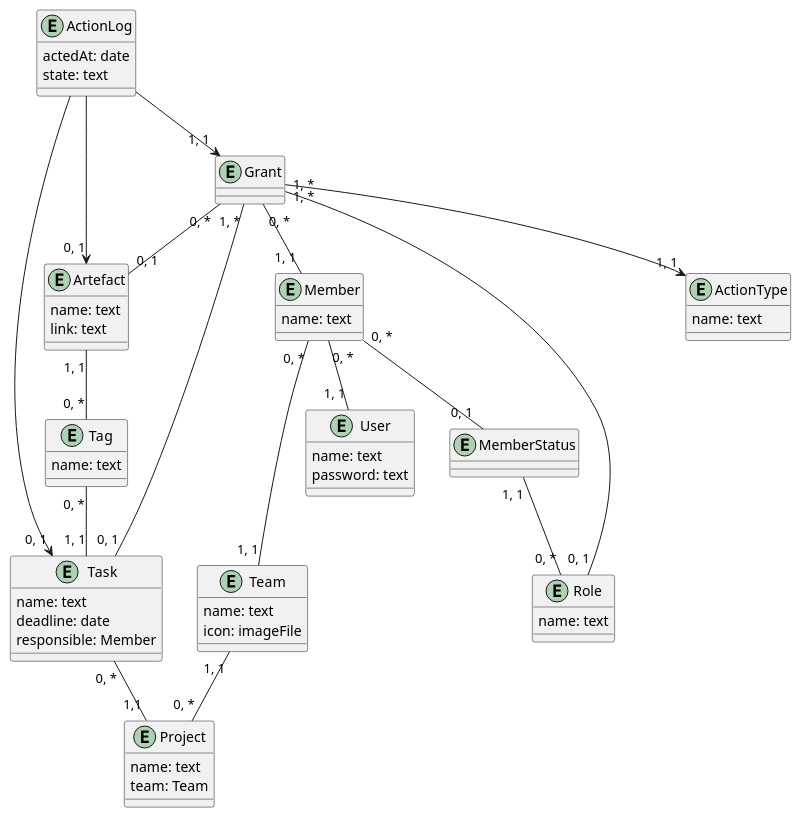
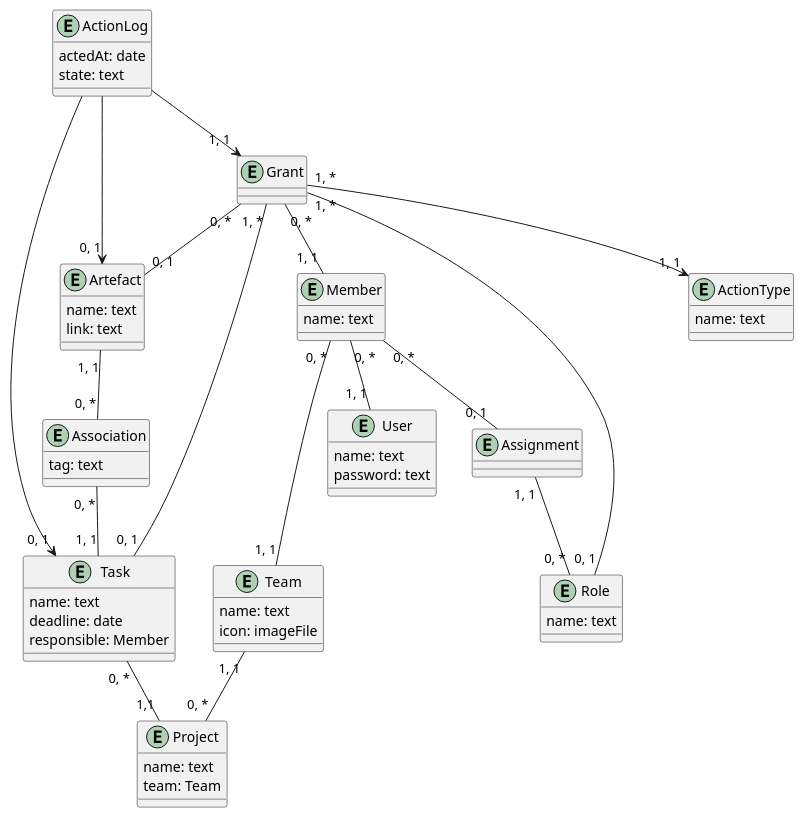
The diagram in docs/design/README.md (cholombytko/project-management-system), drawn with PlantUML before and after one commit.

```diff
--- a/docs/design/README.md
+++ b/docs/design/README.md
@@ -7,73 +7,73 @@
 @startuml
 
 entity Project {
     name: text
     team: Team
 }
 
 entity Task {
     name: text
     deadline: date
     responsible: Member
 }
 
 entity Team {
     name: text
     icon: imageFile
 }
 
 entity User {
     name: text
     password: text
 }
 
 entity Member {
     name: text
 }
 
 entity Role {
     name: text
 }
 
 entity ActionLog {
     actedAt: date
     state: text
 }
 
 entity ActionType {
     name: text
 }
 
 entity Artefact {
     name: text
     link: text
 }
 
-entity MemberStatus {}
+entity Assignment {}
 
 entity Grant {}
 
-entity Tag {
-    name: text
+entity Association {
+    tag: text
 }
 
 
 Task "0, *" -- "1,1" Project
 Team "1, 1" -- "0, *" Project
 Member "0, *" -- "1, 1" Team
-Member "0, *" -- "0, 1" MemberStatus
-MemberStatus "1, 1" -- "0, *" Role
+Member "0, *" -- "0, 1" Assignment
+Assignment "1, 1" -- "0, *" Role
 Member "0, *" -- "1, 1" User
-Artefact "1, 1" -- "0, *" Tag
-Tag "0, *" -- "1, 1" Task
+Artefact "1, 1" -- "0, *" Association
+Association "0, *" -- "1, 1" Task
 Grant "0, *" -- "1, 1" Member
 Grant "1, *" -- "0, 1" Task
 Grant "1, *" -- "0, 1" Role
 Grant "1, *" --> "1, 1" ActionType
 Grant "0, *" -- "0, 1" Artefact
 ActionLog --> "1, 1" Grant
 ActionLog --> "0, 1" Artefact
 ActionLog --> "0, 1" Task
 
 
 @enduml
```
